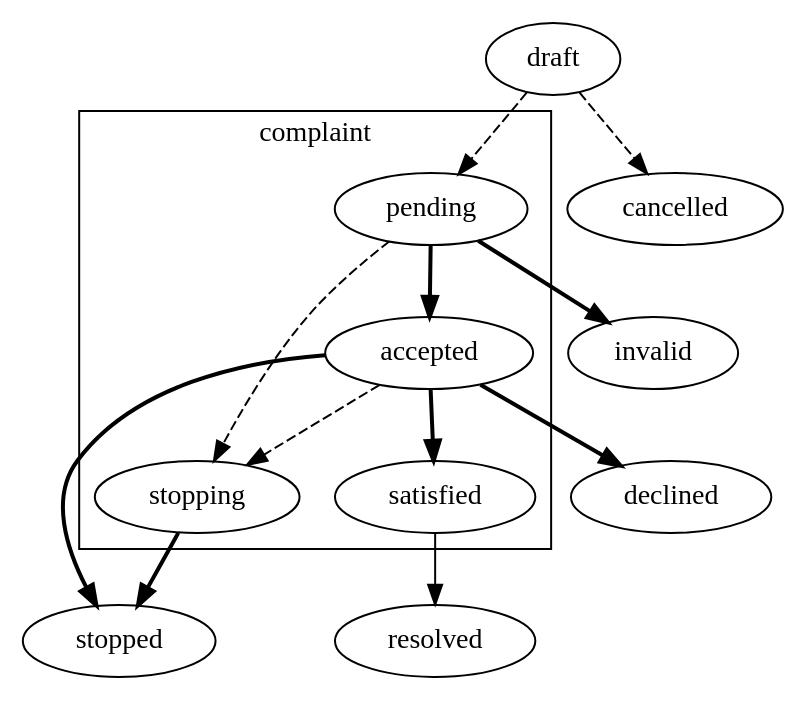
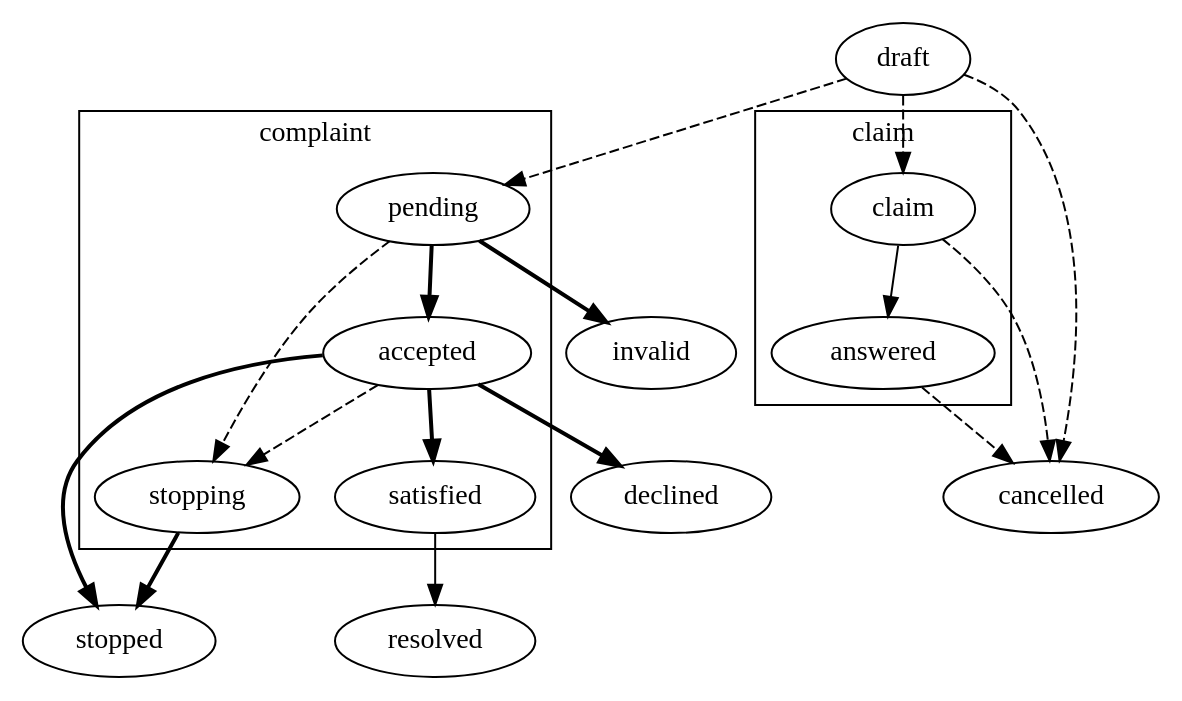
One commit to ProzorroUKR/openprocurement.api changed the second of 2 diagrams in docs/source/complaints.rst. Above: the diagram before and after it, drawn with Graphviz. The commit also changed 26 other files, not shown here.

```diff
--- a/docs/source/complaints.rst
+++ b/docs/source/complaints.rst
@@ -54,18 +54,23 @@
 .. graphviz::
 
     digraph G {
         subgraph cluster_complaint {
             label = "complaint";
             pending; accepted; stopping; satisfied;
         }
+        subgraph cluster_claim {
+            label = "claim";
+            claim; answered;
+        }
+        claim -> answered;
         satisfied -> resolved;
         edge[style=dashed];
-        draft -> pending;
-        draft -> cancelled; 
+        draft -> {claim,pending};
+        {draft,claim,answered} -> cancelled;
         pending -> stopping;
         accepted -> stopping;
         edge[style=bold];
         pending -> {accepted,invalid};
         stopping -> stopped;
         accepted -> {declined,satisfied,stopped};
     }
```
